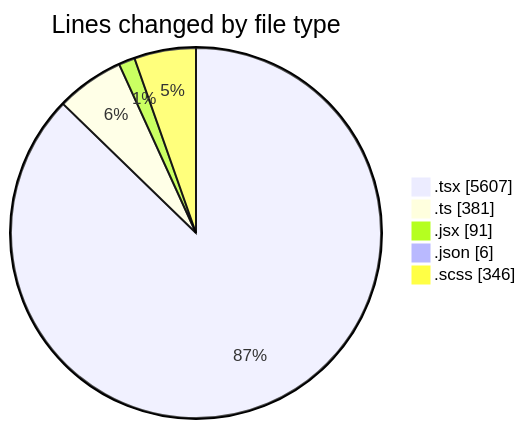
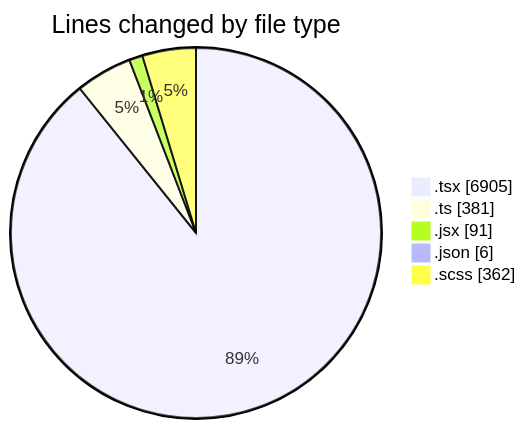
Before and after one commit to momahboobian/code-tracking: the first of 2 diagrams in 2026-04-27/cda/README.md, drawn with Mermaid. The commit also changed other lines of this file and 1 other file, not shown here.

````diff
--- a/2026-04-27/cda/README.md
+++ b/2026-04-27/cda/README.md
@@ -44,9 +44,9 @@
 ```mermaid
 pie showData
 title Lines changed by file type
-".tsx" : 5607
+".tsx" : 6905
 ".ts" : 381
 ".jsx" : 91
 ".json" : 6
-".scss" : 346
+".scss" : 362
 ```
````
